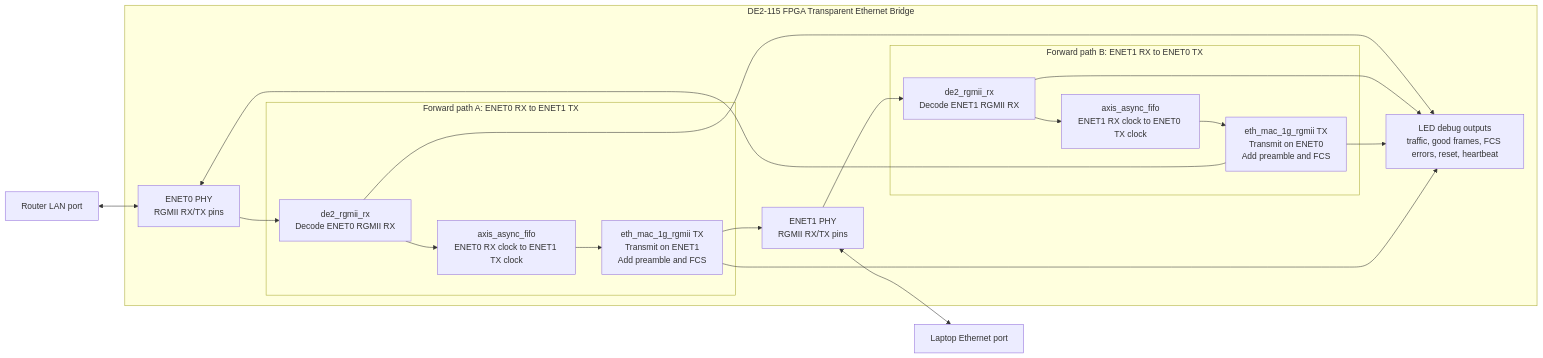
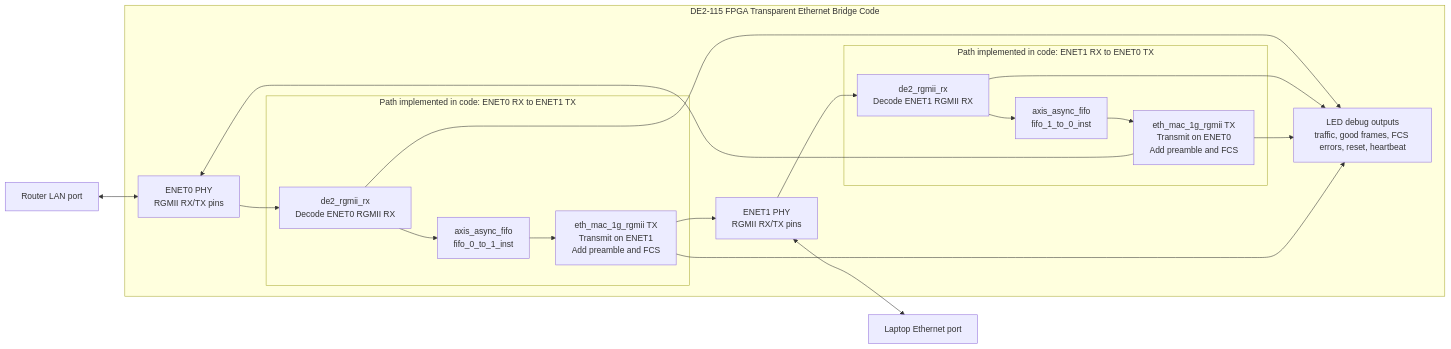
The second of 6 diagrams in docs/code_flowchart.md (TheMohammadKhalil/fpga-based-network-firewall), drawn with Mermaid before and after one commit. The commit also changed other lines of this file, not shown here.

Commit message:
flowchart edits

````diff
--- a/docs/code_flowchart.md
+++ b/docs/code_flowchart.md
@@ -9,38 +35,38 @@
 ```mermaid
 flowchart LR
     ROUTER[Router LAN port]
     LAPTOP[Laptop Ethernet port]
 
-    subgraph FPGA["DE2-115 FPGA Transparent Ethernet Bridge"]
+    subgraph FPGA["DE2-115 FPGA Transparent Ethernet Bridge Code"]
         ENET0[ENET0 PHY<br/>RGMII RX/TX pins]
         ENET1[ENET1 PHY<br/>RGMII RX/TX pins]
 
-        subgraph PATH01["Forward path A: ENET0 RX to ENET1 TX"]
+        subgraph PATH01["Path implemented in code: ENET0 RX to ENET1 TX"]
             RX0[de2_rgmii_rx<br/>Decode ENET0 RGMII RX]
-            FIFO01[axis_async_fifo<br/>ENET0 RX clock to ENET1 TX clock]
+            FIFO01[axis_async_fifo<br/>fifo_0_to_1_inst]
             TX1[eth_mac_1g_rgmii TX<br/>Transmit on ENET1<br/>Add preamble and FCS]
             RX0 --> FIFO01 --> TX1
         end
 
-        subgraph PATH10["Forward path B: ENET1 RX to ENET0 TX"]
+        subgraph PATH10["Path implemented in code: ENET1 RX to ENET0 TX"]
             RX1[de2_rgmii_rx<br/>Decode ENET1 RGMII RX]
-            FIFO10[axis_async_fifo<br/>ENET1 RX clock to ENET0 TX clock]
+            FIFO10[axis_async_fifo<br/>fifo_1_to_0_inst]
             TX0[eth_mac_1g_rgmii TX<br/>Transmit on ENET0<br/>Add preamble and FCS]
             RX1 --> FIFO10 --> TX0
         end
 
         LEDS[LED debug outputs<br/>traffic, good frames, FCS errors, reset, heartbeat]
     end
 
     ROUTER <--> ENET0
     ENET0 --> RX0
     TX0 --> ENET0
     TX1 --> ENET1
     ENET1 --> RX1
     ENET1 <--> LAPTOP
 
     RX0 --> LEDS
     RX1 --> LEDS
     TX0 --> LEDS
     TX1 --> LEDS
 ```
````
